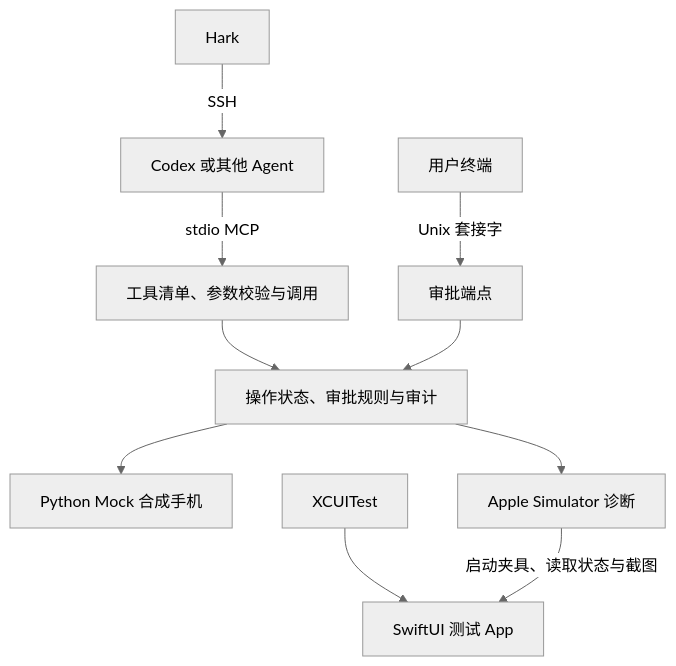
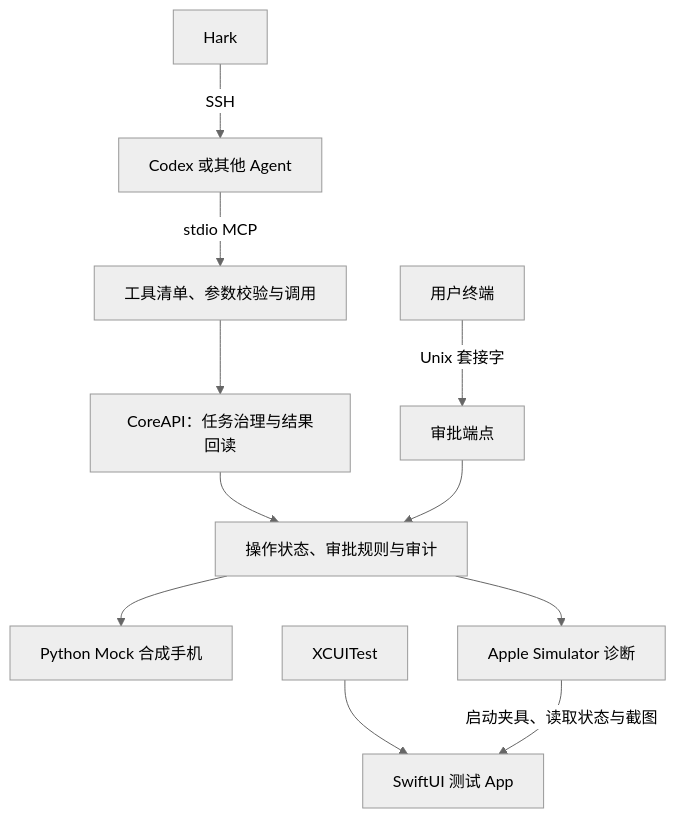
One commit to shuishui313/phonebridge changed the diagram in docs/architecture.md. Above: the diagram before and after it, drawn with Mermaid (neutral theme). The commit also changed other lines of this file and 8 other files, not shown here.

First line of the commit message:
Complete step 1: stable CoreAPI with task governance

````diff
--- a/docs/architecture.md
+++ b/docs/architecture.md
@@ -5,12 +5,13 @@
 ```mermaid
 flowchart TD
   Hark[Hark] -->|SSH| Agent[Codex 或其他 Agent]
   Agent -->|stdio MCP| MCP[工具清单、参数校验与调用]
   Operator[用户终端] -->|Unix 套接字| Approvals[审批端点]
-  MCP --> Core[操作状态、审批规则与审计]
+  MCP --> API[CoreAPI：任务治理与结果回读]
+  API --> Core[操作状态、审批规则与审计]
   Approvals --> Core
   Core --> Mock[Python Mock 合成手机]
   Core --> Simctl[Apple Simulator 诊断]
   XCTest[XCUITest] --> Fixture[SwiftUI 测试 App]
   Simctl -->|启动夹具、读取状态与截图| Fixture
 ```
````
